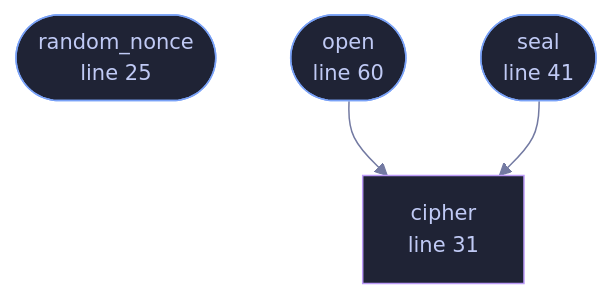
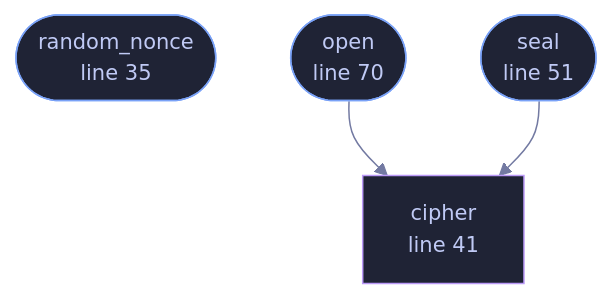
The diagram in wiki/File-veilvoice-crypto-aead.md (tilas01/veilvoice), drawn with Mermaid before and after one commit. The commit also changed other lines of this file and 487 other files, not shown here.

````diff
--- a/wiki/File-veilvoice-crypto-aead.md
+++ b/wiki/File-veilvoice-crypto-aead.md
@@ -49,18 +60,18 @@
 ```mermaid
 %%{init: {"theme":"base","themeVariables":{"background":"#1a1b26","primaryColor":"#1f2335","primaryTextColor":"#c0caf5","primaryBorderColor":"#7aa2f7","secondaryColor":"#16161e","tertiaryColor":"#16161e","lineColor":"#737aa2","textColor":"#c0caf5","mainBkg":"#1f2335","nodeBorder":"#7aa2f7","clusterBkg":"#16161e","clusterBorder":"#2f3549","fontFamily":"ui-monospace, SFMono-Regular, Consolas, monospace","fontSize":"14px"}}}%%
 flowchart TD
-    n_random_nonce(["random_nonce<br/>line 25"])
-    n_cipher["cipher<br/>line 31"]
-    n_seal(["seal<br/>line 41"])
-    n_open(["open<br/>line 60"])
+    n_random_nonce(["random_nonce<br/>line 35"])
+    n_cipher["cipher<br/>line 41"]
+    n_seal(["seal<br/>line 51"])
+    n_open(["open<br/>line 70"])
     n_open --> n_cipher
     n_seal --> n_cipher
-    click n_random_nonce href "https://github.com/tilas01/veilvoice/blob/main/crates/veilvoice-crypto/src/aead.rs#L25" "open the source"
-    click n_cipher href "https://github.com/tilas01/veilvoice/blob/main/crates/veilvoice-crypto/src/aead.rs#L31" "open the source"
-    click n_seal href "https://github.com/tilas01/veilvoice/blob/main/crates/veilvoice-crypto/src/aead.rs#L41" "open the source"
-    click n_open href "https://github.com/tilas01/veilvoice/blob/main/crates/veilvoice-crypto/src/aead.rs#L60" "open the source"
+    click n_random_nonce href "https://github.com/tilas01/veilvoice/blob/main/crates/veilvoice-crypto/src/aead.rs#L35" "open the source"
+    click n_cipher href "https://github.com/tilas01/veilvoice/blob/main/crates/veilvoice-crypto/src/aead.rs#L41" "open the source"
+    click n_seal href "https://github.com/tilas01/veilvoice/blob/main/crates/veilvoice-crypto/src/aead.rs#L51" "open the source"
+    click n_open href "https://github.com/tilas01/veilvoice/blob/main/crates/veilvoice-crypto/src/aead.rs#L70" "open the source"
     classDef entry fill:#1f2335,stroke:#7aa2f7,color:#c0caf5
     class n_random_nonce,n_seal,n_open entry
     classDef helper fill:#1f2335,stroke:#bb9af7,color:#c0caf5
     class n_cipher helper
 ```
````
